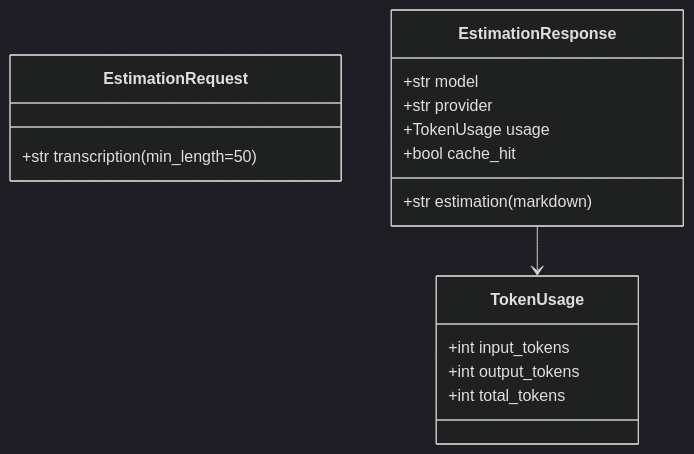
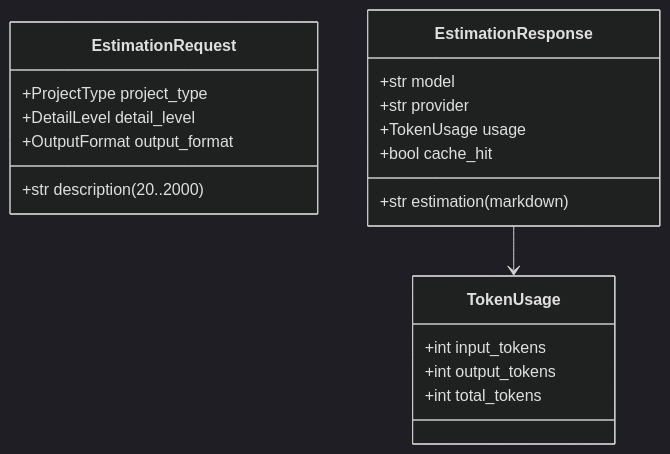
One commit to salvalcaraz080/LIDR-RAG-master changed the third of 11 diagrams in ARCHITECTURE.md. Above: the diagram before and after it, drawn with Mermaid (dark theme). The commit also changed other lines of this file and 2 other files, not shown here.

````diff
--- a/ARCHITECTURE.md
+++ b/ARCHITECTURE.md
@@ -221,19 +230,22 @@
 ```mermaid
 classDiagram
     class EstimationRequest {
-        +str transcription (min_length=50)
+        +str description (20..2000)
+        +ProjectType project_type
+        +DetailLevel detail_level
+        +OutputFormat output_format
     }
     class EstimationResponse {
         +str estimation (markdown)
         +str model
         +str provider
         +TokenUsage usage
         +bool cache_hit
     }
     class TokenUsage {
         +int input_tokens
         +int output_tokens
         +int total_tokens
     }
     EstimationResponse --> TokenUsage
 ```
````
